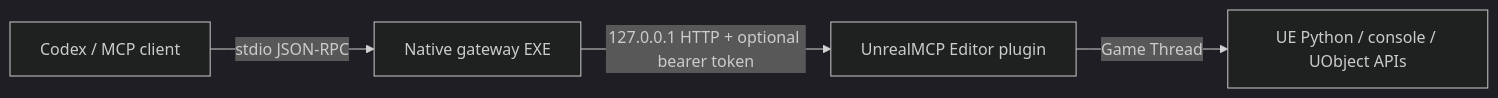
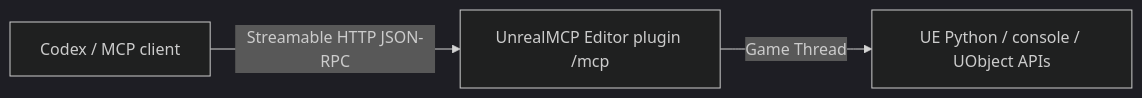
The diagram in README.md (AvatarGanymede/ue5.7-mcp), drawn with Mermaid (dark theme) before and after one commit. The commit also changed other lines of this file and 34 other files, not shown here.

First line of the commit message:
In-editor Streamable HTTP MCP server

````diff
--- a/README.md
+++ b/README.md
@@ -20,6 +17,5 @@
 ```mermaid
 flowchart LR
-    C["Codex / MCP client"] -->|"stdio JSON-RPC"| G["Native gateway EXE"]
-    G -->|"127.0.0.1 HTTP + optional bearer token"| P["UnrealMCP Editor plugin"]
+    C["Codex / MCP client"] -->|"Streamable HTTP JSON-RPC"| P["UnrealMCP Editor plugin /mcp"]
     P -->|"Game Thread"| U["UE Python / console / UObject APIs"]
 ```
````
